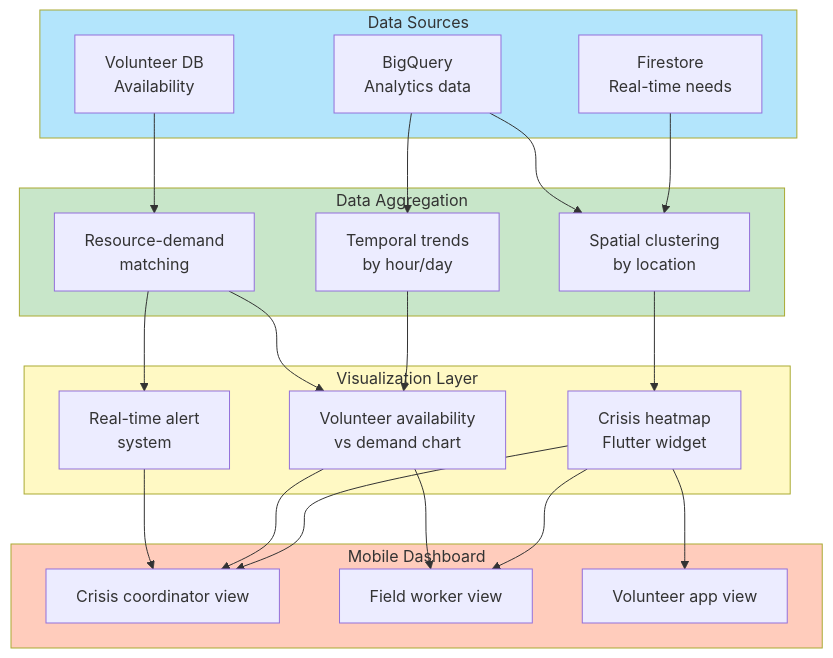
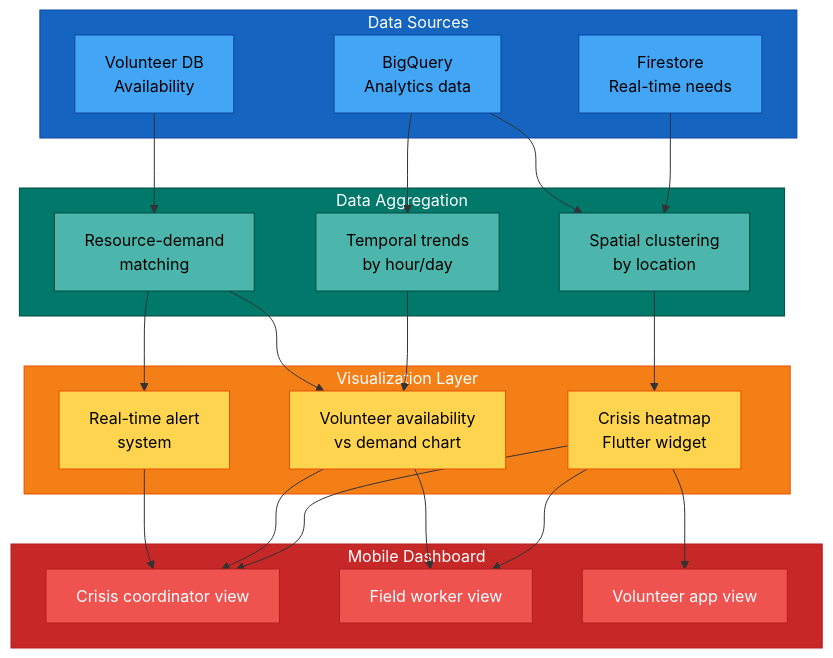
The fifth of 5 diagrams in README.md (akshajtiwari/googl), drawn with Mermaid before and after one commit. The commit also changed other lines of this file, not shown here.

````diff
--- a/README.md
+++ b/README.md
@@ -278,48 +341,61 @@
 ```mermaid
 flowchart TD
     subgraph sources["Data Sources"]
         A["Firestore<br/>Real-time needs"]
         B["BigQuery<br/>Analytics data"]
         C["Volunteer DB<br/>Availability"]
     end
     
     subgraph processing["Data Aggregation"]
         D["Spatial clustering<br/>by location"]
         E["Temporal trends<br/>by hour/day"]
         F["Resource-demand<br/>matching"]
     end
     
     subgraph dashboards["Visualization Layer"]
         G["Crisis heatmap<br/>Flutter widget"]
         H["Volunteer availability<br/>vs demand chart"]
         I["Real-time alert<br/>system"]
     end
     
     subgraph frontend["Mobile Dashboard"]
         J["Crisis coordinator view"]
         K["Field worker view"]
         L["Volunteer app view"]
     end
     
     A --> D
     B --> D
     B --> E
     C --> F
     
     D --> G
     E --> H
     F --> H
     F --> I
     
     G --> J
     H --> J
     I --> J
     G --> K
     H --> K
     G --> L
     
-    style sources fill:#b3e5fc
-    style processing fill:#c8e6c9
-    style dashboards fill:#fff9c4
-    style frontend fill:#ffccbc
+    style sources fill:#1565c0,stroke:#0d47a1,color:#fff
+    style processing fill:#00796b,stroke:#004d40,color:#fff
+    style dashboards fill:#f57f17,stroke:#e65100,color:#fff
+    style frontend fill:#c62828,stroke:#b71c1c,color:#fff
+    
+    style A fill:#42a5f5,stroke:#0d47a1,color:#000
+    style B fill:#42a5f5,stroke:#0d47a1,color:#000
+    style C fill:#42a5f5,stroke:#0d47a1,color:#000
+    style D fill:#4db6ac,stroke:#004d40,color:#000
+    style E fill:#4db6ac,stroke:#004d40,color:#000
+    style F fill:#4db6ac,stroke:#004d40,color:#000
+    style G fill:#ffd54f,stroke:#e65100,color:#000
+    style H fill:#ffd54f,stroke:#e65100,color:#000
+    style I fill:#ffd54f,stroke:#e65100,color:#000
+    style J fill:#ef5350,stroke:#b71c1c,color:#fff
+    style K fill:#ef5350,stroke:#b71c1c,color:#fff
+    style L fill:#ef5350,stroke:#b71c1c,color:#fff
 ```
````
